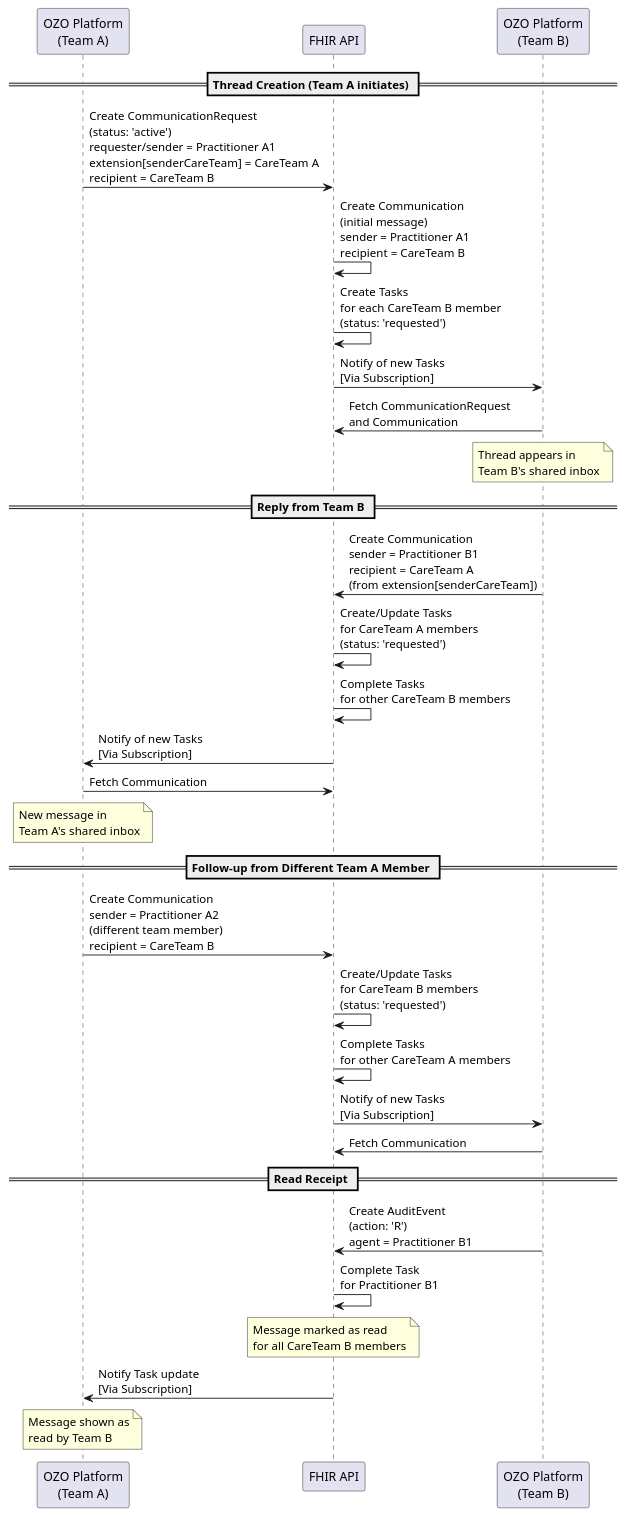
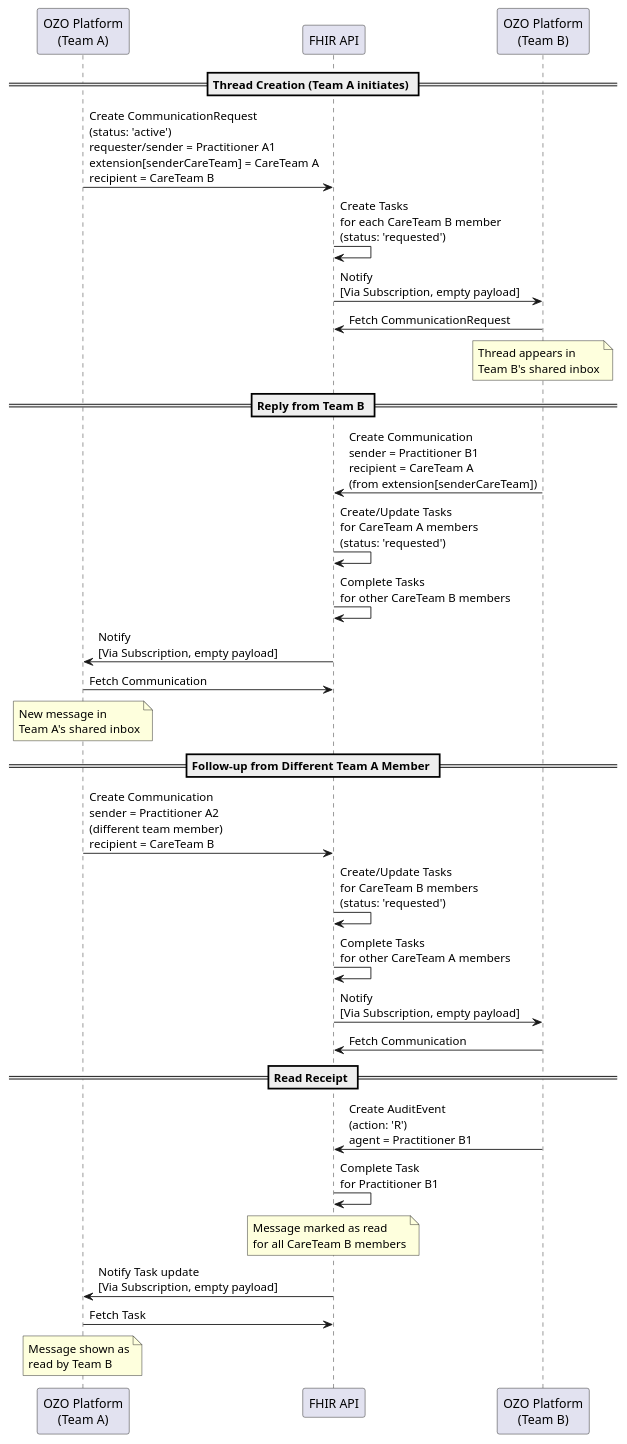
The diagram in input/images-source/fhir-team-messaging-interaction.plantuml (ozoverbindzorg/integrale-netwerk-communicatie), drawn with PlantUML before and after one commit. The commit also changed 3 other files, not shown here.

```diff
--- a/input/images-source/fhir-team-messaging-interaction.plantuml
+++ b/input/images-source/fhir-team-messaging-interaction.plantuml
@@ -1,35 +1,35 @@
 @startuml
 participant "OZO Platform\n(Team A)" as TeamA
 participant "FHIR API" as FHIR
 participant "OZO Platform\n(Team B)" as TeamB
 
 == Thread Creation (Team A initiates) ==
 TeamA -> FHIR : Create CommunicationRequest\n(status: 'active')\nrequester/sender = Practitioner A1\nextension[senderCareTeam] = CareTeam A\nrecipient = CareTeam B
-FHIR -> FHIR : Create Communication\n(initial message)\nsender = Practitioner A1\nrecipient = CareTeam B
 FHIR -> FHIR : Create Tasks\nfor each CareTeam B member\n(status: 'requested')
-FHIR -> TeamB : Notify of new Tasks\n[Via Subscription]
-TeamB -> FHIR : Fetch CommunicationRequest\nand Communication
+FHIR -> TeamB : Notify\n[Via Subscription, empty payload]
+TeamB -> FHIR : Fetch CommunicationRequest
 note over TeamB : Thread appears in\nTeam B's shared inbox
 
 == Reply from Team B ==
 TeamB -> FHIR : Create Communication\nsender = Practitioner B1\nrecipient = CareTeam A\n(from extension[senderCareTeam])
 FHIR -> FHIR : Create/Update Tasks\nfor CareTeam A members\n(status: 'requested')
 FHIR -> FHIR : Complete Tasks\nfor other CareTeam B members
-FHIR -> TeamA : Notify of new Tasks\n[Via Subscription]
+FHIR -> TeamA : Notify\n[Via Subscription, empty payload]
 TeamA -> FHIR : Fetch Communication
 note over TeamA : New message in\nTeam A's shared inbox
 
 == Follow-up from Different Team A Member ==
 TeamA -> FHIR : Create Communication\nsender = Practitioner A2\n(different team member)\nrecipient = CareTeam B
 FHIR -> FHIR : Create/Update Tasks\nfor CareTeam B members\n(status: 'requested')
 FHIR -> FHIR : Complete Tasks\nfor other CareTeam A members
-FHIR -> TeamB : Notify of new Tasks\n[Via Subscription]
+FHIR -> TeamB : Notify\n[Via Subscription, empty payload]
 TeamB -> FHIR : Fetch Communication
 
 == Read Receipt ==
 TeamB -> FHIR : Create AuditEvent\n(action: 'R')\nagent = Practitioner B1
 FHIR -> FHIR : Complete Task\nfor Practitioner B1
 note over FHIR : Message marked as read\nfor all CareTeam B members
-FHIR -> TeamA : Notify Task update\n[Via Subscription]
+FHIR -> TeamA : Notify Task update\n[Via Subscription, empty payload]
+TeamA -> FHIR : Fetch Task
 note over TeamA : Message shown as\nread by Team B
 @enduml
```
